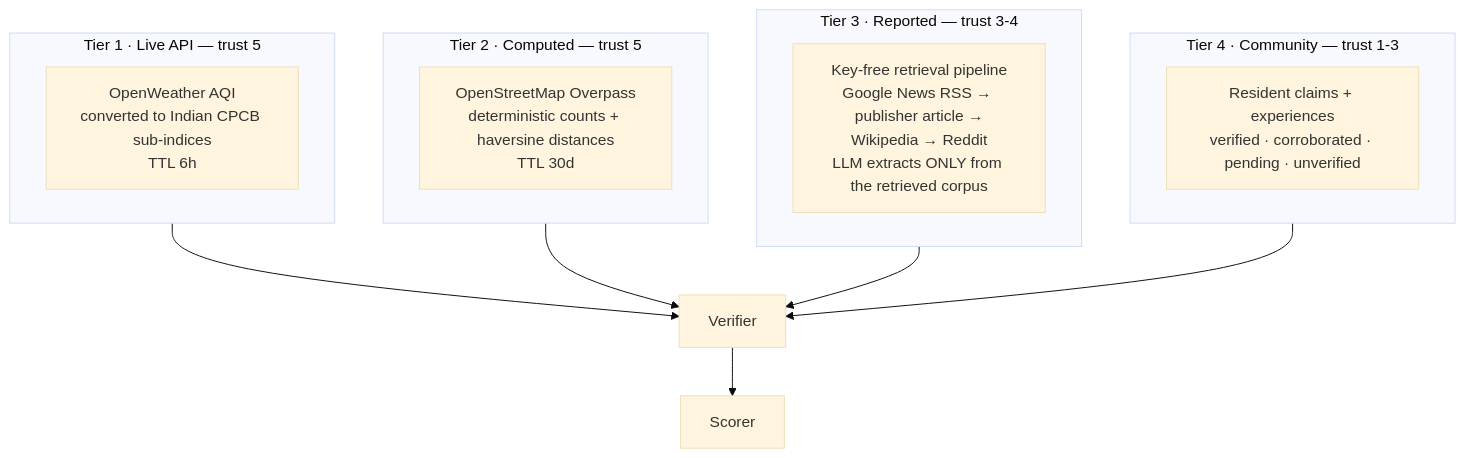
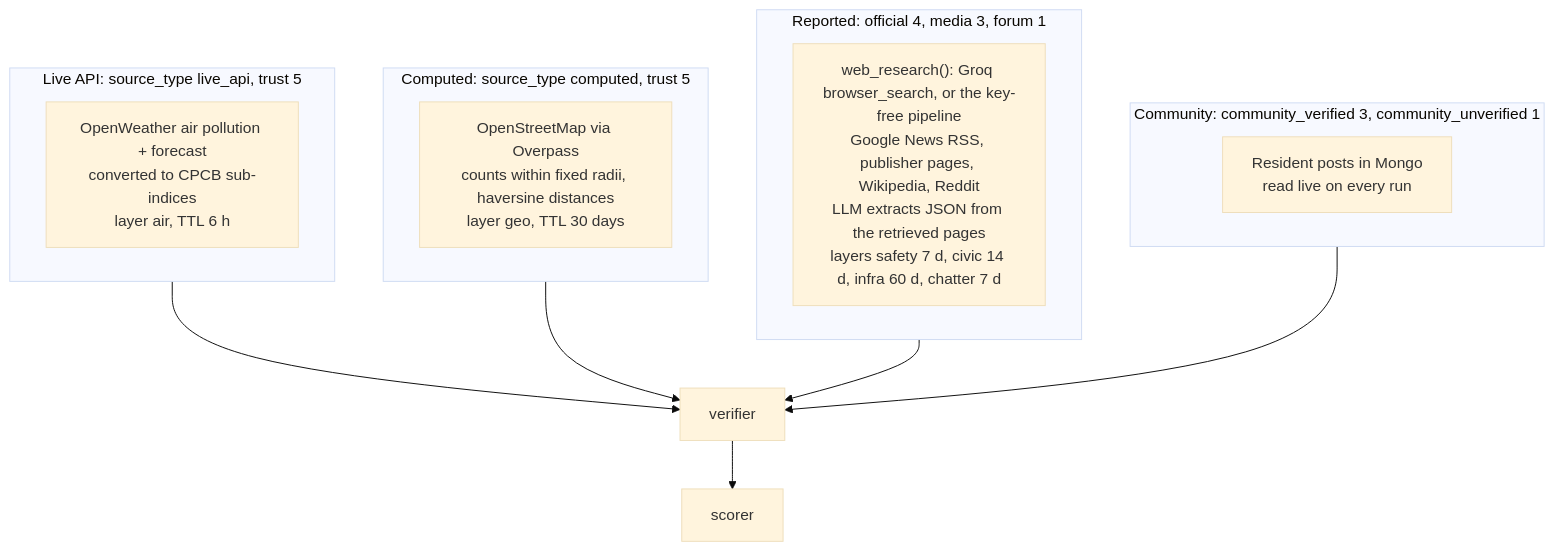
The second of 5 diagrams in project/docs/02-agent-architecture.md (Pranay0083/LocalIQ), drawn with Mermaid (base theme) before and after one commit. The commit also changed other lines of this file and 79 other files, not shown here.

First line of the commit message:
Rewrite project docs, diagrams and screenshots against the code

````diff
--- a/project/docs/02-agent-architecture.md
+++ b/project/docs/02-agent-architecture.md
@@ -52,18 +96,21 @@
 ```mermaid
 flowchart TB
-    subgraph T1["Tier 1 · Live API — trust 5"]
-        A1["OpenWeather AQI<br/>converted to Indian CPCB sub-indices<br/>TTL 6h"]
+    subgraph T1["Live API: source_type live_api, trust 5"]
+        A1["OpenWeather air pollution + forecast<br/>converted to CPCB sub-indices<br/>layer air, TTL 6 h"]
     end
-    subgraph T2["Tier 2 · Computed — trust 5"]
-        A2["OpenStreetMap Overpass<br/>deterministic counts + haversine distances<br/>TTL 30d"]
+    subgraph T2["Computed: source_type computed, trust 5"]
+        A2["OpenStreetMap via Overpass<br/>counts within fixed radii, haversine distances<br/>layer geo, TTL 30 days"]
     end
-    subgraph T3["Tier 3 · Reported — trust 3-4"]
-        A3["Key-free retrieval pipeline<br/>Google News RSS → publisher article →<br/>Wikipedia → Reddit<br/>LLM extracts ONLY from the retrieved corpus"]
+    subgraph T3["Reported: official 4, media 3, forum 1"]
+        A3["web_research(): Groq browser_search, or the key-free pipeline<br/>Google News RSS, publisher pages, Wikipedia, Reddit<br/>LLM extracts JSON from the retrieved pages<br/>layers safety 7 d, civic 14 d, infra 60 d, chatter 7 d"]
     end
-    subgraph T4["Tier 4 · Community — trust 1-3"]
-        A4["Resident claims + experiences<br/>verified · corroborated · pending · unverified"]
+    subgraph T4["Community: community_verified 3, community_unverified 1"]
+        A4["Resident posts in Mongo<br/>read live on every run"]
     end
 
-    T1 & T2 & T3 & T4 --> V["Verifier"]
-    V --> S["Scorer"]
+    T1 --> V["verifier"]
+    T2 --> V
+    T3 --> V
+    T4 --> V
+    V --> SC["scorer"]
 ```
````
